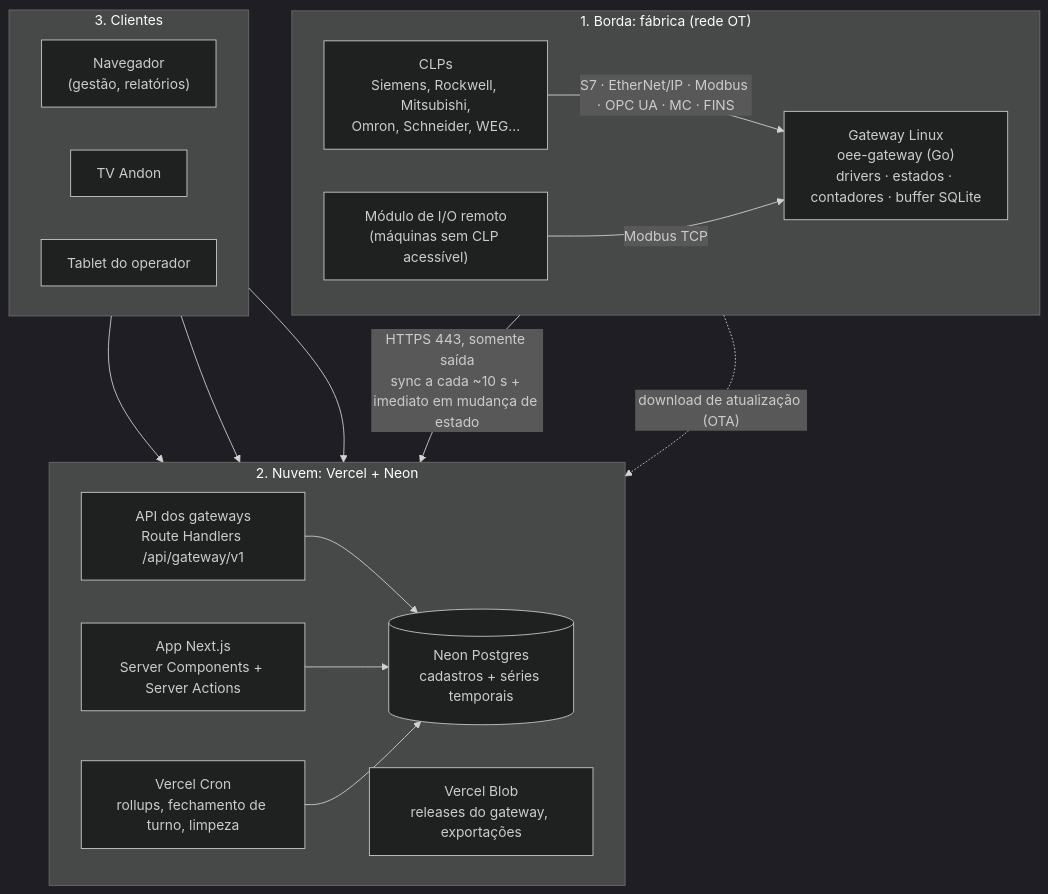
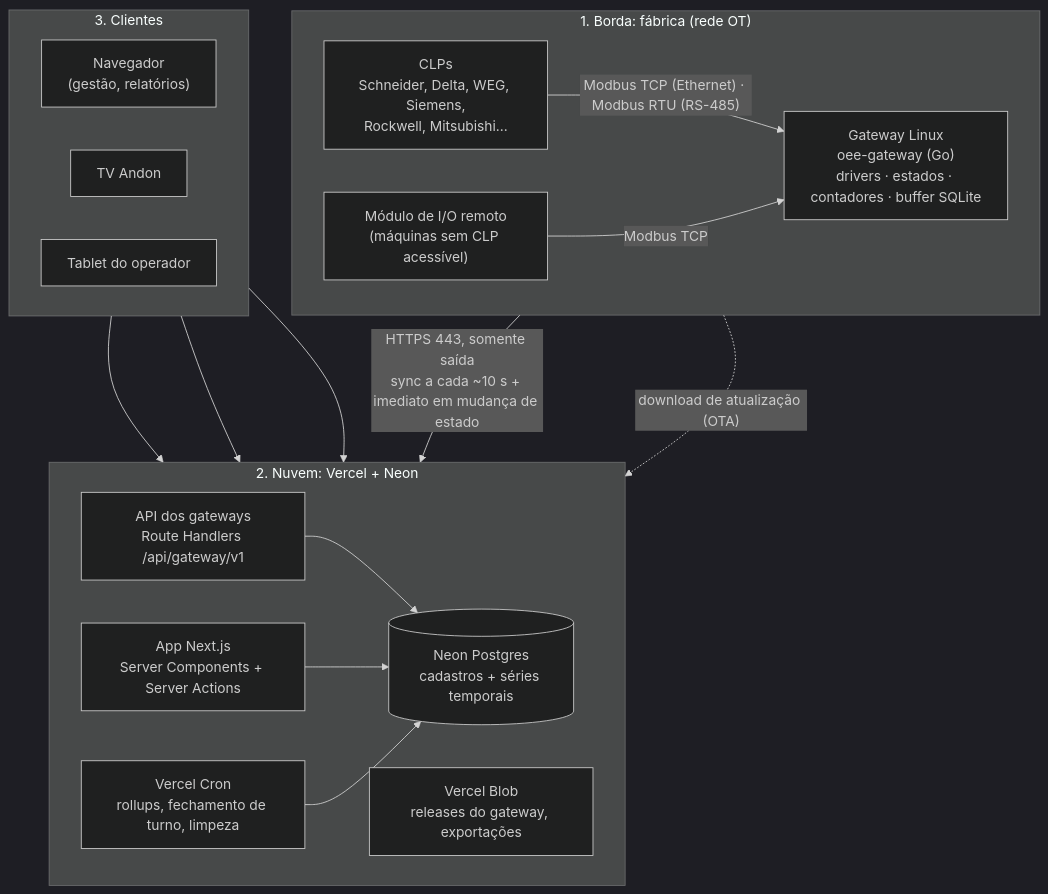
Before and after one commit to EngemaseAutomacao/Engemase-OEE: the first of 3 diagrams in docs/02-arquitetura.md, drawn with Mermaid (dark theme). The commit also changed 7 other files, not shown here.

First line of the commit message:
docs: hardware do gateway e integração Modbus TCP/RTU

````diff
--- a/docs/02-arquitetura.md
+++ b/docs/02-arquitetura.md
@@ -5,36 +5,36 @@
 ```mermaid
 flowchart TB
   subgraph BORDA["1. Borda: fábrica (rede OT)"]
     direction LR
-    CLPs["CLPs<br/>Siemens, Rockwell, Mitsubishi,<br/>Omron, Schneider, WEG..."]
+    CLPs["CLPs<br/>Schneider, Delta, WEG, Siemens,<br/>Rockwell, Mitsubishi..."]
     IO["Módulo de I/O remoto<br/>(máquinas sem CLP acessível)"]
     GW["Gateway Linux<br/>oee-gateway (Go)<br/>drivers · estados · contadores · buffer SQLite"]
-    CLPs -->|"S7 · EtherNet/IP · Modbus · OPC UA · MC · FINS"| GW
+    CLPs -->|"Modbus TCP (Ethernet) · Modbus RTU (RS-485)"| GW
     IO -->|"Modbus TCP"| GW
   end
 
   subgraph NUVEM["2. Nuvem: Vercel + Neon"]
     direction LR
     GAPI["API dos gateways<br/>Route Handlers /api/gateway/v1"]
     APP["App Next.js<br/>Server Components + Server Actions"]
     CRON["Vercel Cron<br/>rollups, fechamento de turno, limpeza"]
     BLOB["Vercel Blob<br/>releases do gateway, exportações"]
     DB[("Neon Postgres<br/>cadastros + séries temporais")]
     GAPI --> DB
     APP --> DB
     CRON --> DB
   end
 
   subgraph CLIENTES["3. Clientes"]
     direction LR
     B["Navegador<br/>(gestão, relatórios)"]
     T["TV Andon"]
     O["Tablet do operador"]
   end
 
   GW -->|"HTTPS 443, somente saída<br/>sync a cada ~10 s + imediato em mudança de estado"| GAPI
   GW -.->|"download de atualização (OTA)"| BLOB
   B --> APP
   T --> APP
   O --> APP
 ```
````
